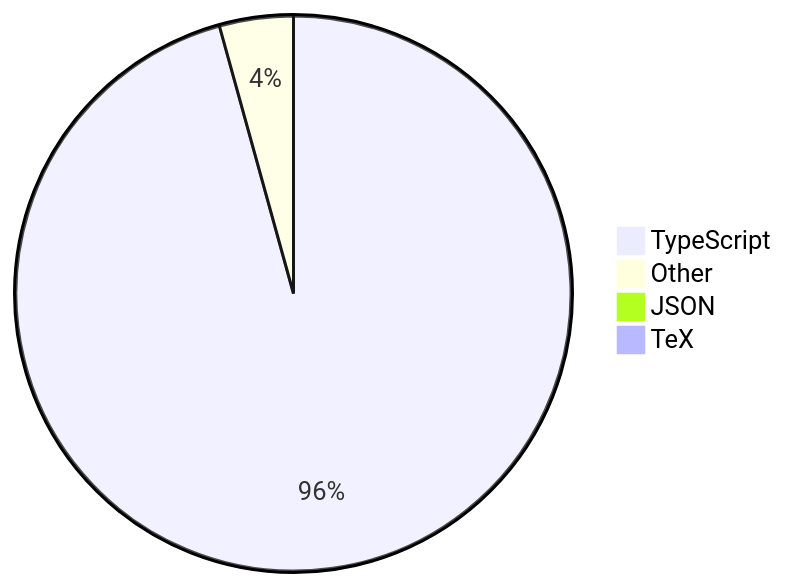
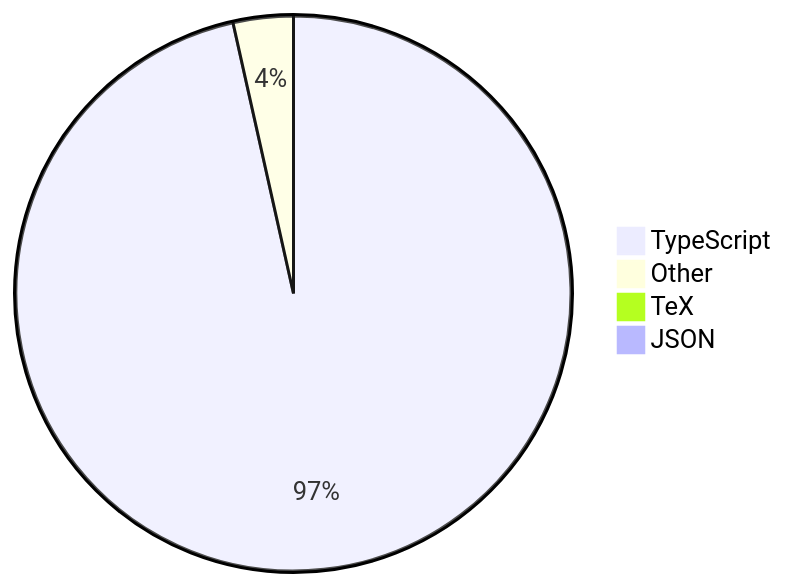
One commit to skvggor/skvggor changed the diagram in README.md. Above: the diagram before and after it, drawn with Mermaid.

Commit message:
Updated waka-readme graph with new metrics

````diff
--- a/README.md
+++ b/README.md
@@ -16,7 +16,7 @@
 ```mermaid
 pie
-    "TypeScript" : 95.7
-    "Other" : 4.3
+    "TypeScript" : 96.5
+    "Other" : 3.5
+    "TeX" : 0.0
     "JSON" : 0.0
-    "TeX" : 0.0
 ```
````
